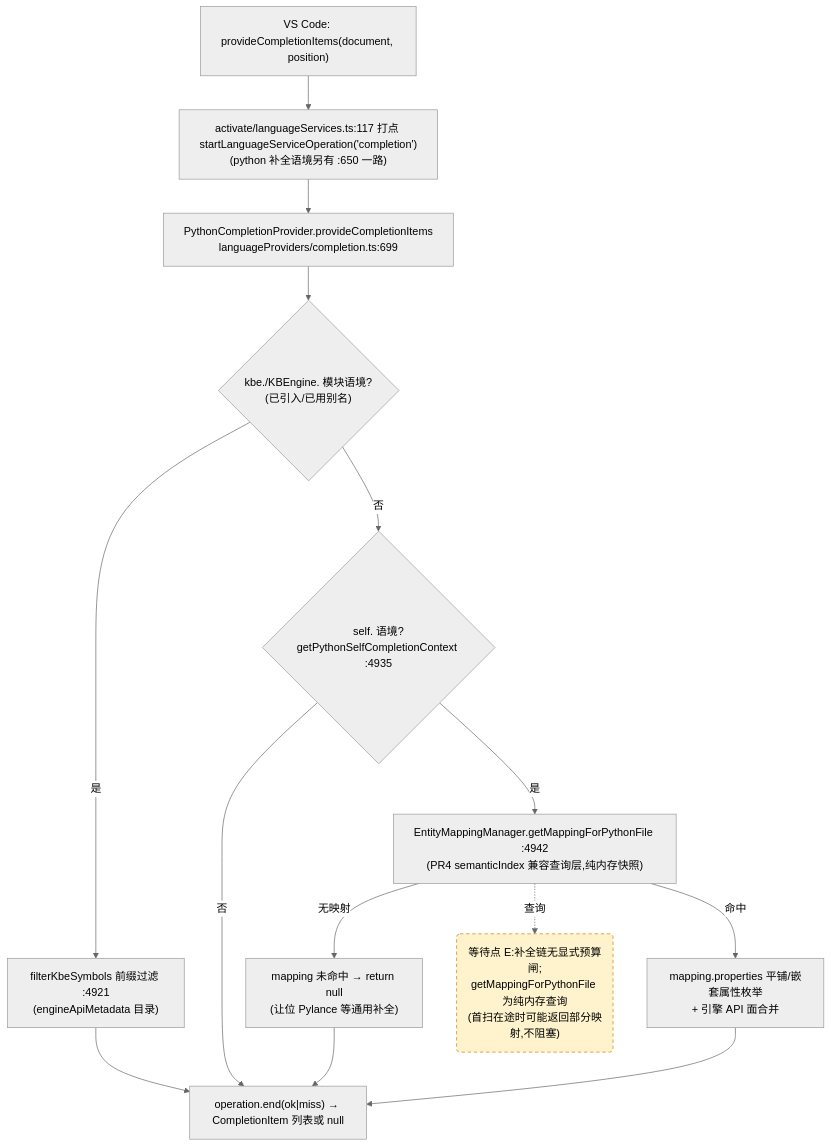
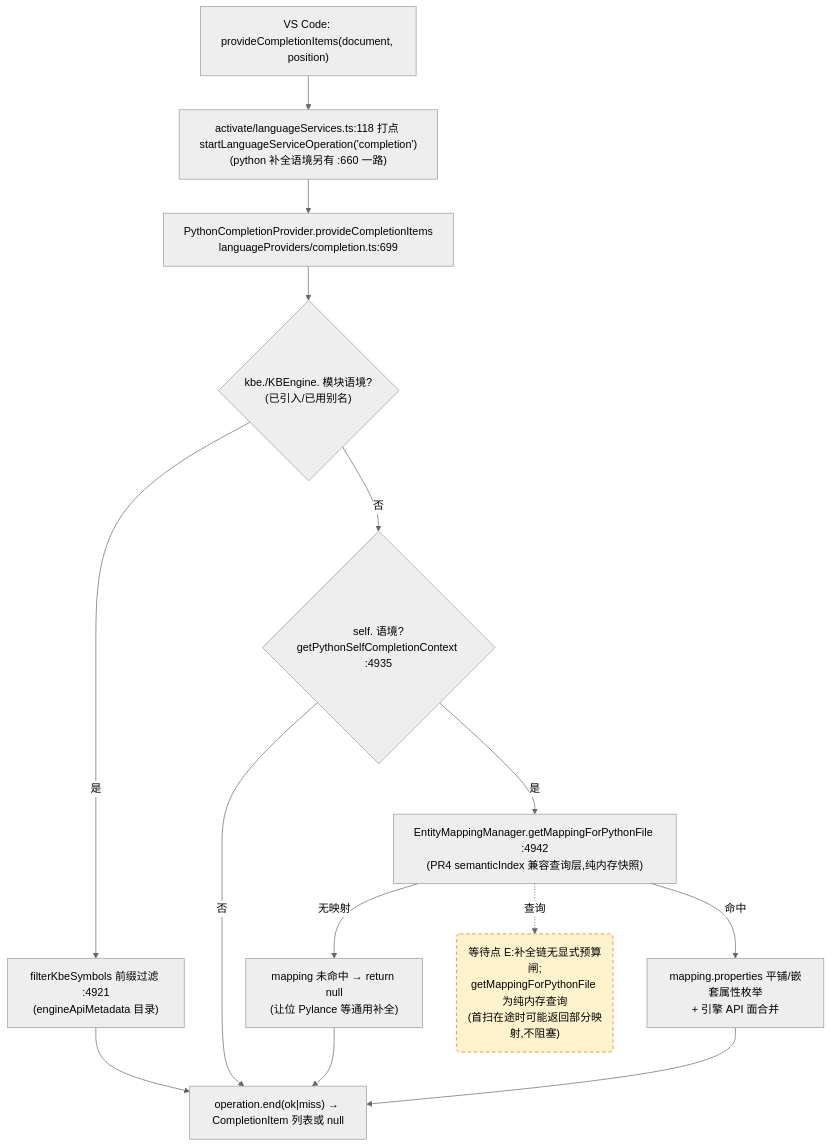
Before and after one commit to cuihairu/kode: the third of 4 diagrams in docs/perf/2026-baseline.md, drawn with Mermaid (neutral theme). The commit also changed other lines of this file and 4 other files, not shown here.

````diff
--- a/docs/perf/2026-baseline.md
+++ b/docs/perf/2026-baseline.md
@@ -184,27 +184,27 @@
 ```mermaid
 flowchart TD
   VC3["VS Code: provideCompletionItems(document, position)"]
-  M3["activate/languageServices.ts:117 打点 startLanguageServiceOperation('completion')<br/>(python 补全语境另有 :650 一路)"]
+  M3["activate/languageServices.ts:118 打点 startLanguageServiceOperation('completion')<br/>(python 补全语境另有 :660 一路)"]
   CP["PythonCompletionProvider.provideCompletionItems<br/>languageProviders/completion.ts:699"]
   KBEC{"kbe./KBEngine. 模块语境?<br/>(已引入/已用别名)"}
   FILTER["filterKbeSymbols 前缀过滤 :4921<br/>(engineApiMetadata 目录)"]
   SELFC{"self. 语境?<br/>getPythonSelfCompletionContext :4935"}
   MAP["EntityMappingManager.getMappingForPythonFile :4942<br/>(PR4 semanticIndex 兼容查询层,纯内存快照)"]
   NOMAP["mapping 未命中 → return null<br/>(让位 Pylance 等通用补全)"]
   PROPS["mapping.properties 平铺/嵌套属性枚举<br/>+ 引擎 API 面合并"]
   END3["operation.end(ok|miss) → CompletionItem 列表或 null"]
 
   VC3 --> M3 --> CP --> KBEC
   KBEC -- "是" --> FILTER --> END3
   KBEC -- "否" --> SELFC
   SELFC -- "否" --> END3
   SELFC -- "是" --> MAP
   MAP -- "无映射" --> NOMAP --> END3
   MAP -- "命中" --> PROPS --> END3
 
   WAITE("等待点 E:补全链无显式预算闸;<br/>getMappingForPythonFile 为纯内存查询<br/>(首扫在途时可能返回部分映射,不阻塞)")
   MAP -.->|查询| WAITE
 
   classDef waitPoint fill:#fff3cd,stroke:#d97706,stroke-dasharray:5 4;
   class WAITE waitPoint;
 ```
````
